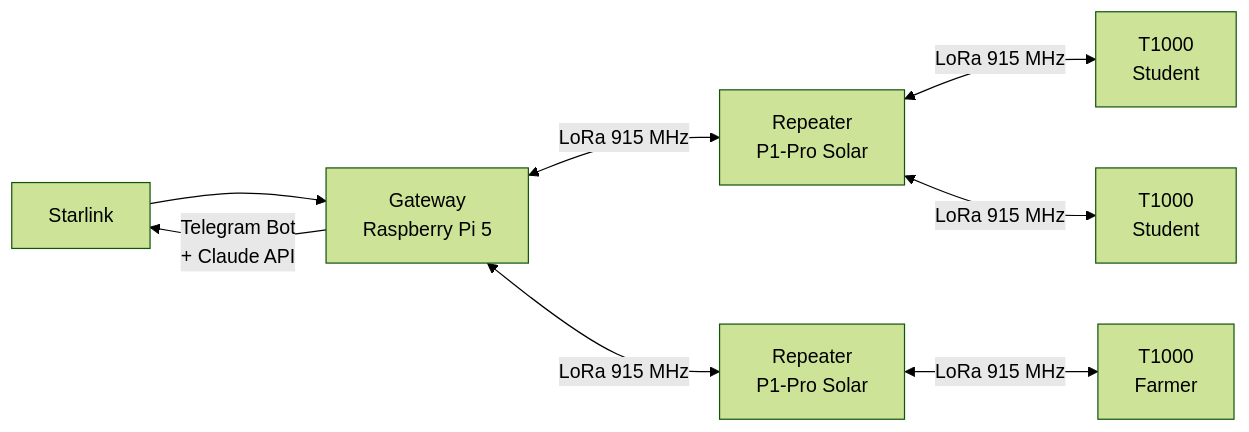
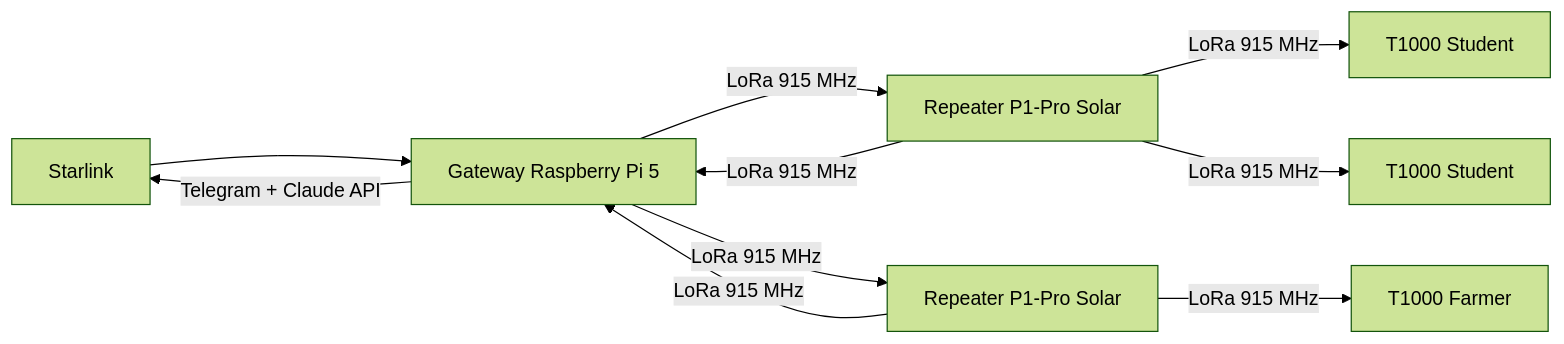
One commit to pablofelipe01/lor-landing changed the diagram in content/blog/lora-915-mhz-free-spectrum-rural-connectivity.en.mdx. Above: the diagram before and after it, drawn with Mermaid (forest theme). The commit also changed other lines of this file and 1 other file, not shown here.

Commit message:
fix: escape MDX-breaking angle brackets in LoRa article
- <200 m → &lt;200 m in comparison table (both langs)
- <--> → explicit directional arrows in Mermaid diagram (both langs)

````diff
--- a/content/blog/lora-915-mhz-free-spectrum-rural-connectivity.en.mdx
+++ b/content/blog/lora-915-mhz-free-spectrum-rural-connectivity.en.mdx
@@ -62,10 +62,12 @@
 ```mermaid
 graph LR
-    A[Starlink] --> B[Gateway\nRaspberry Pi 5]
-    B <-->|LoRa 915 MHz| C[Repeater\nP1-Pro Solar]
-    B <-->|LoRa 915 MHz| D[Repeater\nP1-Pro Solar]
-    C <-->|LoRa 915 MHz| E[T1000\nStudent]
-    C <-->|LoRa 915 MHz| F[T1000\nStudent]
-    D <-->|LoRa 915 MHz| G[T1000\nFarmer]
-    B -->|Telegram Bot\n+ Claude API| A
+    A[Starlink] --> B[Gateway Raspberry Pi 5]
+    B -->|LoRa 915 MHz| C[Repeater P1-Pro Solar]
+    C -->|LoRa 915 MHz| B
+    B -->|LoRa 915 MHz| D[Repeater P1-Pro Solar]
+    D -->|LoRa 915 MHz| B
+    C -->|LoRa 915 MHz| E[T1000 Student]
+    C -->|LoRa 915 MHz| F[T1000 Student]
+    D -->|LoRa 915 MHz| G[T1000 Farmer]
+    B -->|Telegram + Claude API| A
 ```
````
